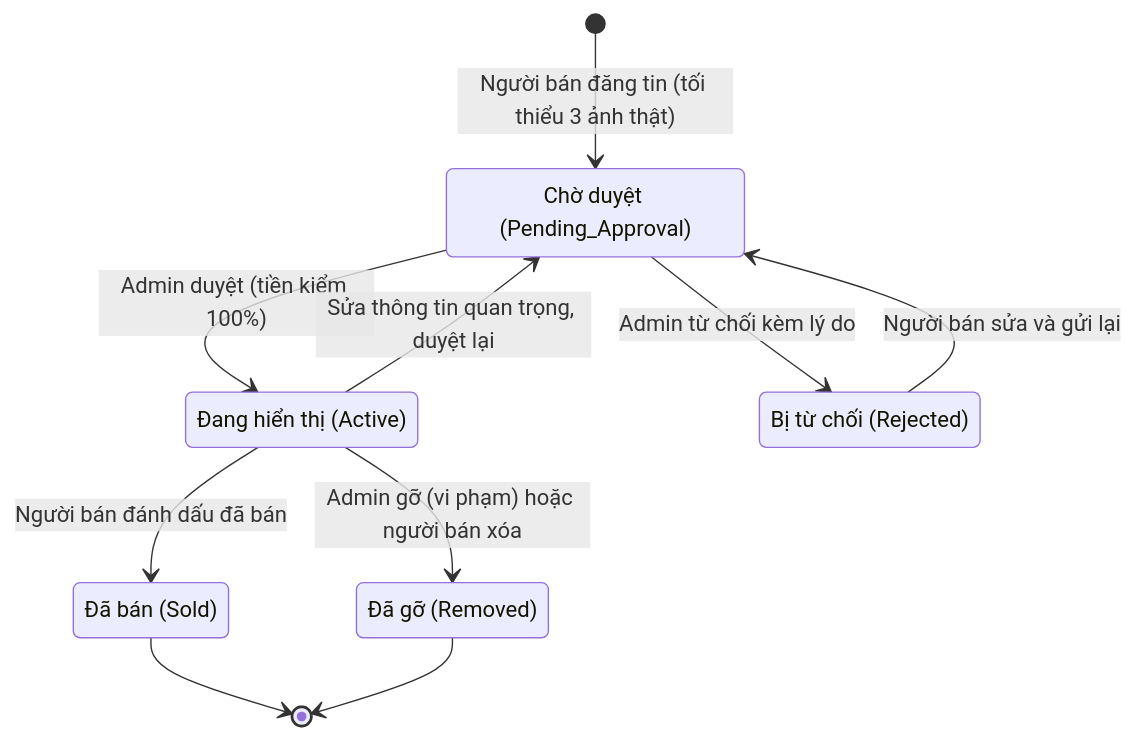
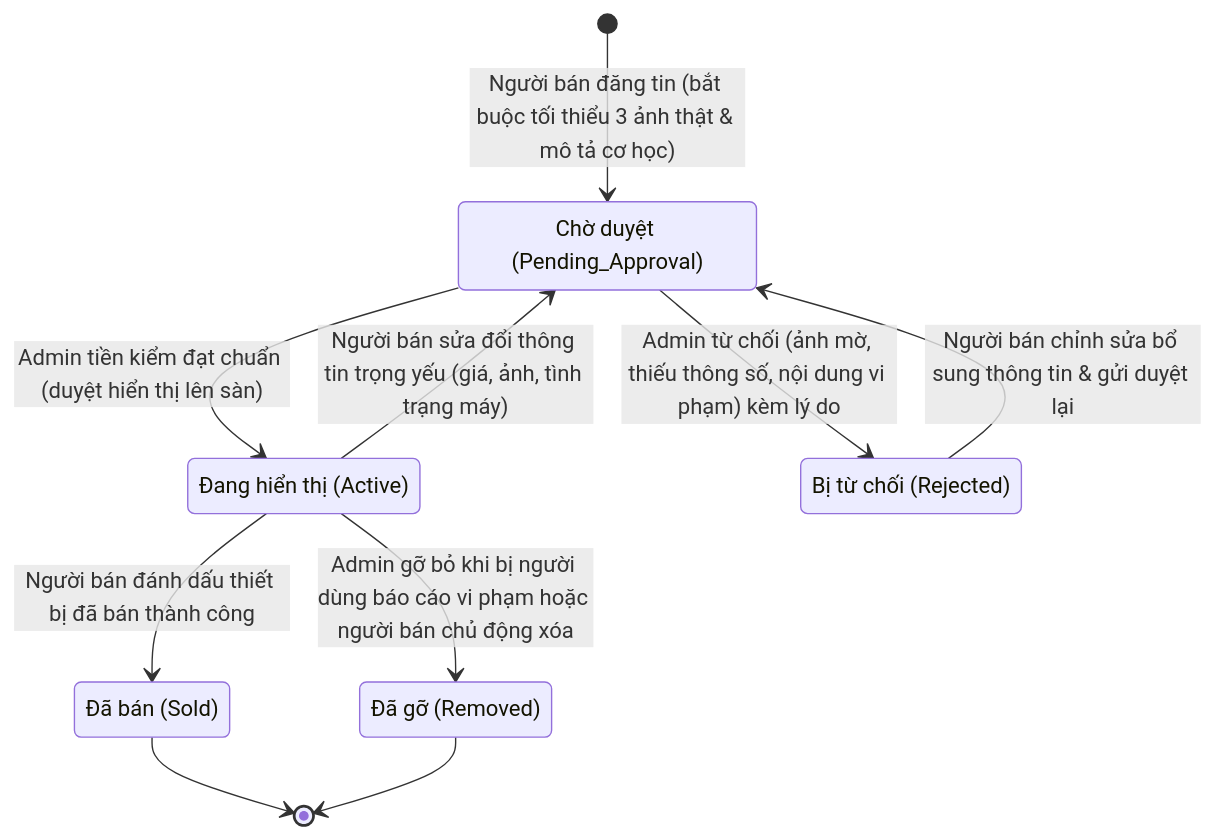
The second of 5 diagrams in doc/week 2/week2-state-sequence.md (huylamnhat/Photographer-enthusiastic-environment), drawn with Mermaid before and after one commit. The commit also changed other lines of this file and 3 other files, not shown here.

````diff
--- a/doc/week 2/week2-state-sequence.md
+++ b/doc/week 2/week2-state-sequence.md
@@ -74,18 +100,18 @@
 ```mermaid
 stateDiagram-v2
     state "Chờ duyệt (Pending_Approval)" as PA
     state "Đang hiển thị (Active)" as AC
     state "Bị từ chối (Rejected)" as RJ
     state "Đã bán (Sold)" as SO
     state "Đã gỡ (Removed)" as RM
 
-    [*] --> PA : Người bán đăng tin (tối thiểu 3 ảnh thật)
-    PA --> AC : Admin duyệt (tiền kiểm 100%)
-    PA --> RJ : Admin từ chối kèm lý do
-    RJ --> PA : Người bán sửa và gửi lại
-    AC --> PA : Sửa thông tin quan trọng, duyệt lại
-    AC --> SO : Người bán đánh dấu đã bán
-    AC --> RM : Admin gỡ (vi phạm) hoặc người bán xóa
+    [*] --> PA : Người bán đăng tin (bắt buộc tối thiểu 3 ảnh thật & mô tả cơ học)
+    PA --> AC : Admin tiền kiểm đạt chuẩn (duyệt hiển thị lên sàn)
+    PA --> RJ : Admin từ chối (ảnh mờ, thiếu thông số, nội dung vi phạm) kèm lý do
+    RJ --> PA : Người bán chỉnh sửa bổ sung thông tin & gửi duyệt lại
+    AC --> PA : Người bán sửa đổi thông tin trọng yếu (giá, ảnh, tình trạng máy)
+    AC --> SO : Người bán đánh dấu thiết bị đã bán thành công
+    AC --> RM : Admin gỡ bỏ khi bị người dùng báo cáo vi phạm hoặc người bán chủ động xóa
     SO --> [*]
     RM --> [*]
 ```
````
